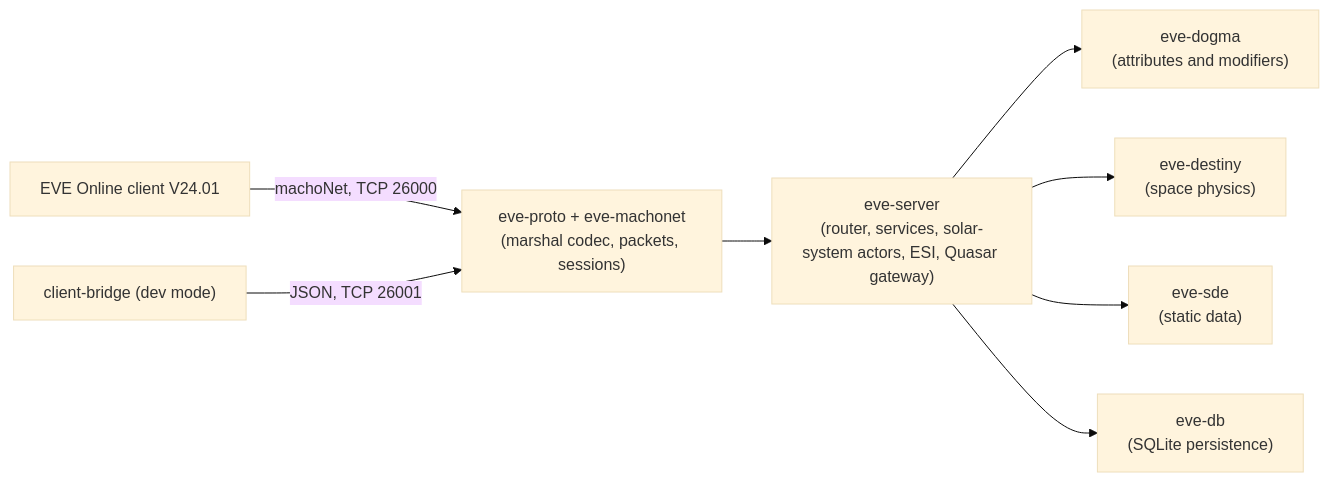
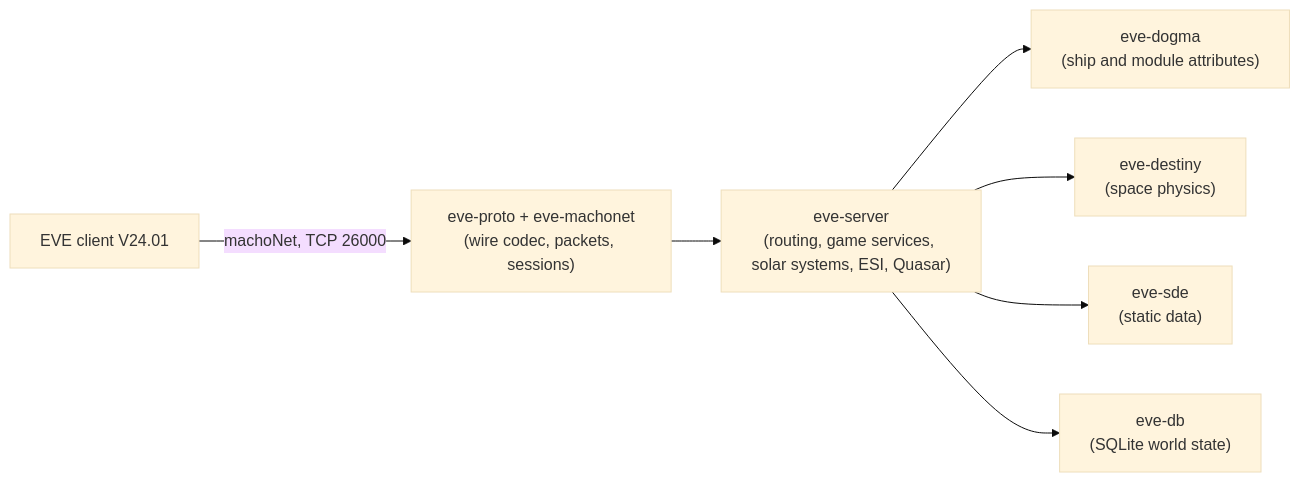
The diagram in README.md (saverchenkov/EvoMu), drawn with Mermaid (base theme) before and after one commit. The commit also changed other lines of this file and 15 other files, not shown here.

````diff
--- a/README.md
+++ b/README.md
@@ -57,10 +171,9 @@
 ```mermaid
 flowchart LR
-    Client["EVE Online client V24.01"] -->|"machoNet, TCP 26000"| Proto
-    Bridge["client-bridge (dev mode)"] -->|"JSON, TCP 26001"| Proto
-    Proto["eve-proto + eve-machonet<br/>(marshal codec, packets, sessions)"] --> Server
-    Server["eve-server<br/>(router, services, solar-system actors, ESI, Quasar gateway)"] --> Dogma["eve-dogma<br/>(attributes and modifiers)"]
+    Client["EVE client V24.01"] -->|"machoNet, TCP 26000"| Proto
+    Proto["eve-proto + eve-machonet<br/>(wire codec, packets, sessions)"] --> Server
+    Server["eve-server<br/>(routing, game services, solar systems, ESI, Quasar)"] --> Dogma["eve-dogma<br/>(ship and module attributes)"]
     Server --> Destiny["eve-destiny<br/>(space physics)"]
     Server --> Sde["eve-sde<br/>(static data)"]
-    Server --> Db["eve-db<br/>(SQLite persistence)"]
+    Server --> Db["eve-db<br/>(SQLite world state)"]
 ```
````
